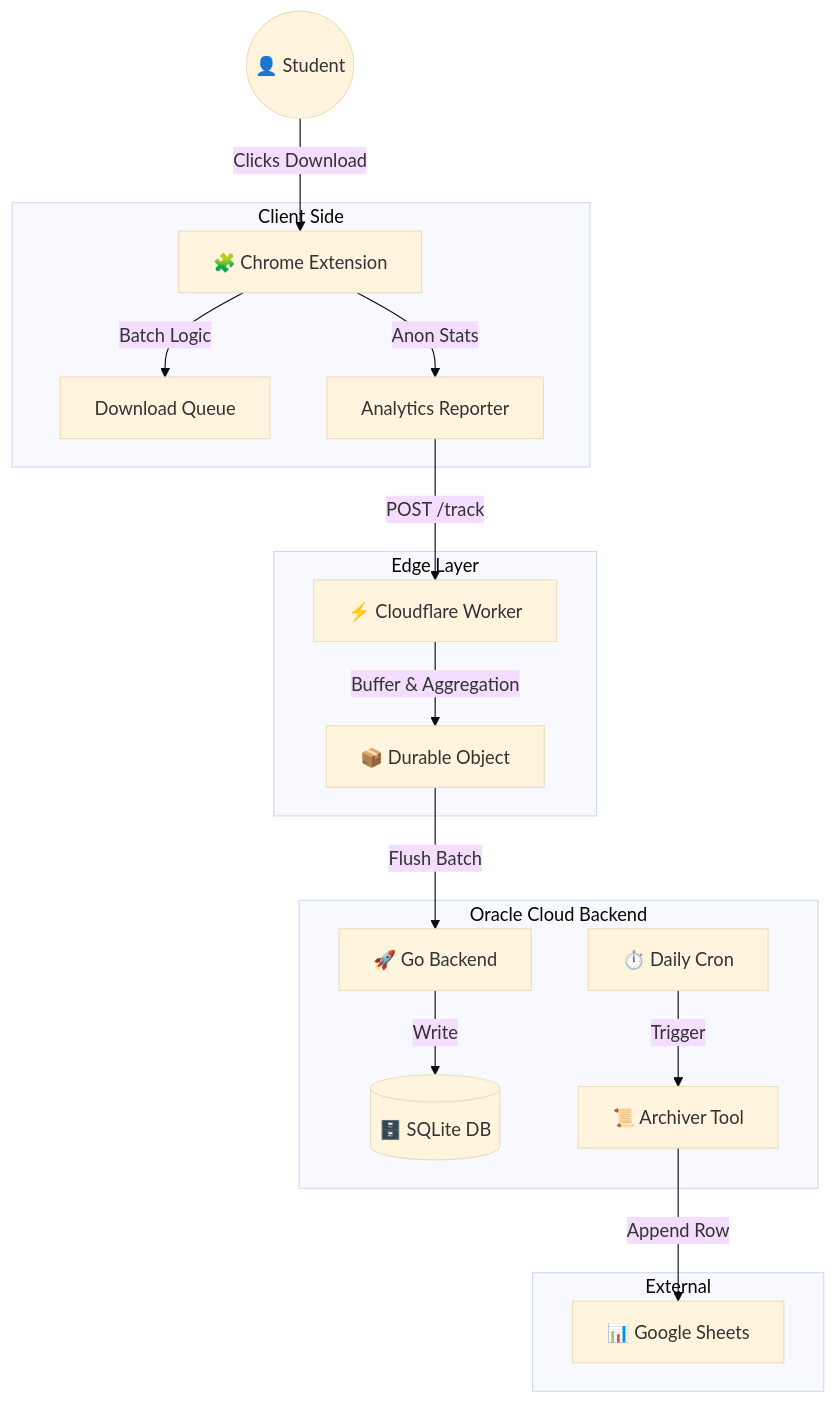
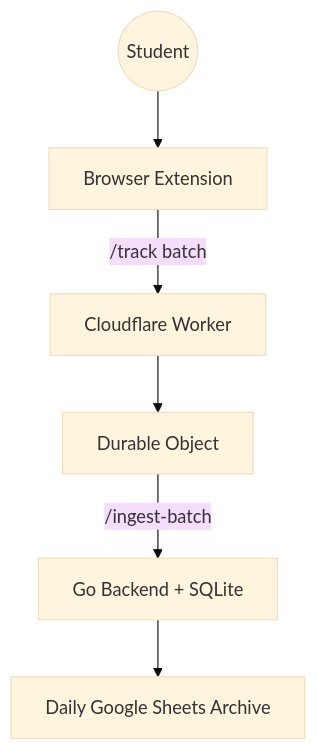
One commit to adhamhaithameid/Classroom-Quick-Downloader changed the diagram in README.md. Above: the diagram before and after it, drawn with Mermaid (base theme). The commit also changed other lines of this file, not shown here.

Commit message:
docs(readme): refocus homepage for extension users

````diff
--- a/README.md
+++ b/README.md
@@ -126,24 +221,8 @@
 ```mermaid
 graph TD
-    User((👤 Student)) -->|Clicks Download| Ext[🧩 Chrome Extension]
-  
-    subgraph Client Side
-      Ext -->|Batch Logic| DL[Download Queue]
-      Ext -->|Anon Stats| Reporter[Analytics Reporter]
-    end
-
-    subgraph Edge Layer
-      Reporter -->|POST /track| CF[⚡ Cloudflare Worker]
-      CF -->|Buffer & Aggregation| DO[📦 Durable Object]
-    end
-
-    subgraph "Oracle Cloud Backend"
-      DO -->|Flush Batch| GoServer[🚀 Go Backend]
-      GoServer -->|Write| DB[(🗄️ SQLite DB)]
-      Cron[⏱️ Daily Cron] -->|Trigger| Archiver[📜 Archiver Tool]
-    end
-
-    subgraph External
-      Archiver -->|Append Row| Sheet[📊 Google Sheets]
-    end
+    User((Student)) --> Ext[Browser Extension]
+    Ext -->|/track batch| Worker[Cloudflare Worker]
+    Worker --> DO[Durable Object]
+    DO -->|/ingest-batch| Oracle[Go Backend + SQLite]
+    Oracle --> Sheets[Daily Google Sheets Archive]
 ```
````
